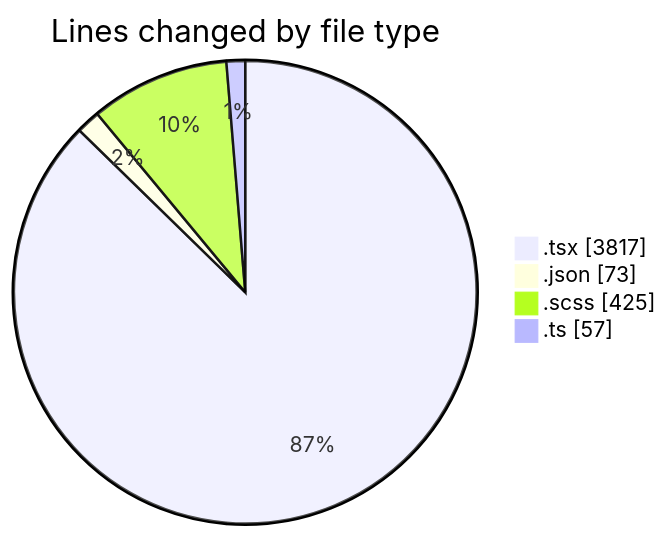
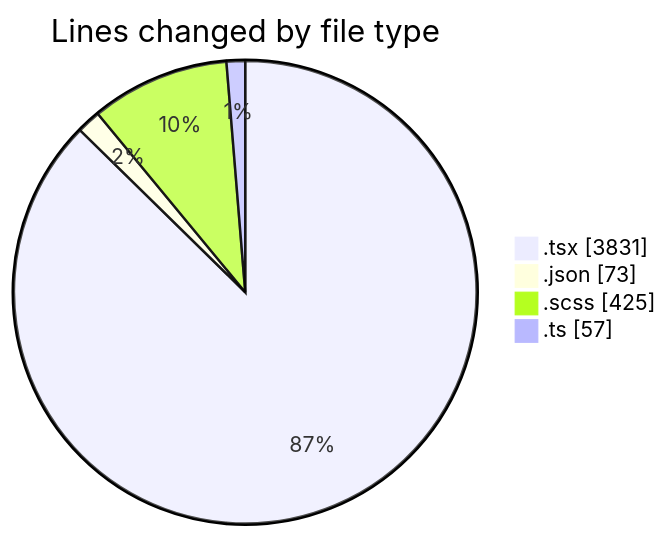
Before and after one commit to momahboobian/code-tracking: the first of 2 diagrams in 2025-10-02/cda/README.md, drawn with Mermaid. The commit also changed other lines of this file and 1 other file, not shown here.

````diff
--- a/2025-10-02/cda/README.md
+++ b/2025-10-02/cda/README.md
@@ -29,8 +29,8 @@
 ```mermaid
 pie showData
 title Lines changed by file type
-".tsx" : 3817
+".tsx" : 3831
 ".json" : 73
 ".scss" : 425
 ".ts" : 57
 ```
````
